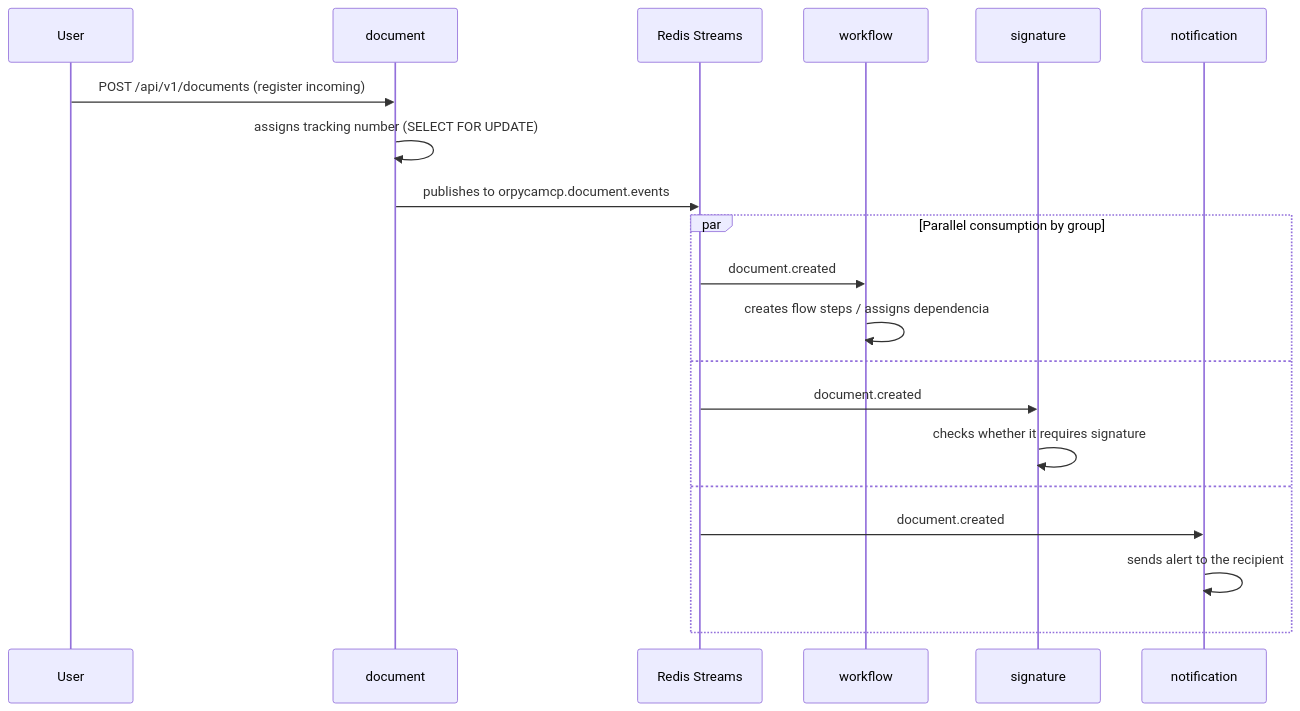
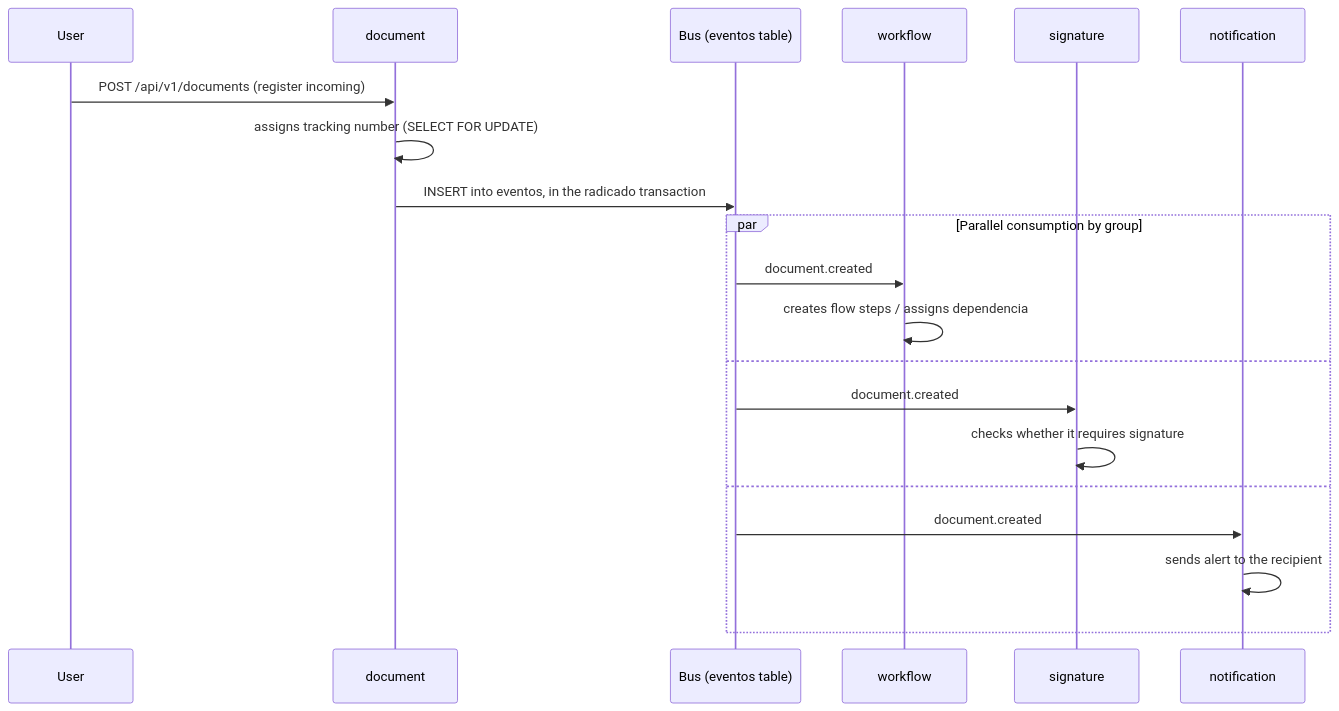
The second of 4 diagrams in docs/en/architecture.md (camilo1rp/docuboto), drawn with Mermaid before and after one commit. The commit also changed other lines of this file and 41 other files, not shown here.

````diff
--- a/docs/en/architecture.md
+++ b/docs/en/architecture.md
@@ -234,23 +235,23 @@
 ```mermaid
 sequenceDiagram
     participant U as User
     participant DOC as document
-    participant R as Redis Streams
+    participant R as Bus (eventos table)
     participant WF as workflow
     participant SIG as signature
     participant NOT as notification
 
     U->>DOC: POST /api/v1/documents (register incoming)
     DOC->>DOC: assigns tracking number (SELECT FOR UPDATE)
-    DOC->>R: publishes to orpycamcp.document.events
+    DOC->>R: INSERT into eventos, in the radicado transaction
     par Parallel consumption by group
         R->>WF: document.created
         WF->>WF: creates flow steps / assigns dependencia
     and
         R->>SIG: document.created
         SIG->>SIG: checks whether it requires signature
     and
         R->>NOT: document.created
         NOT->>NOT: sends alert to the recipient
     end
 ```
````
